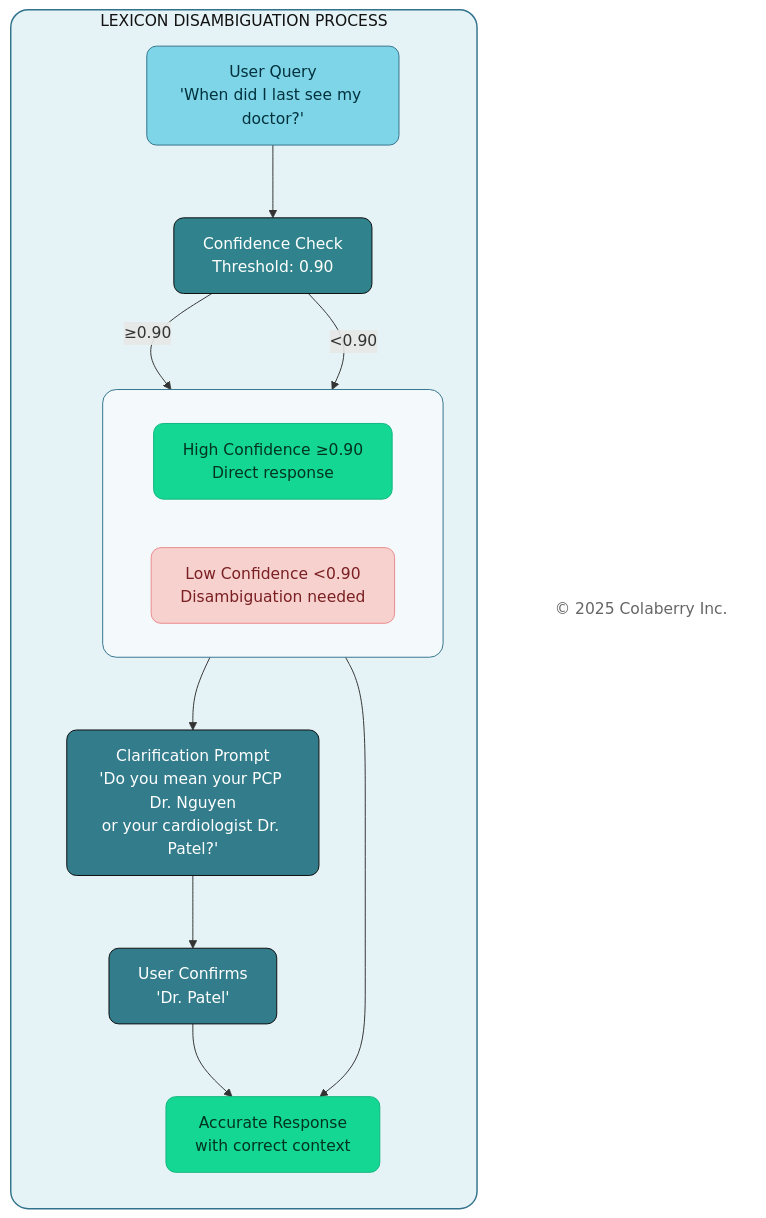
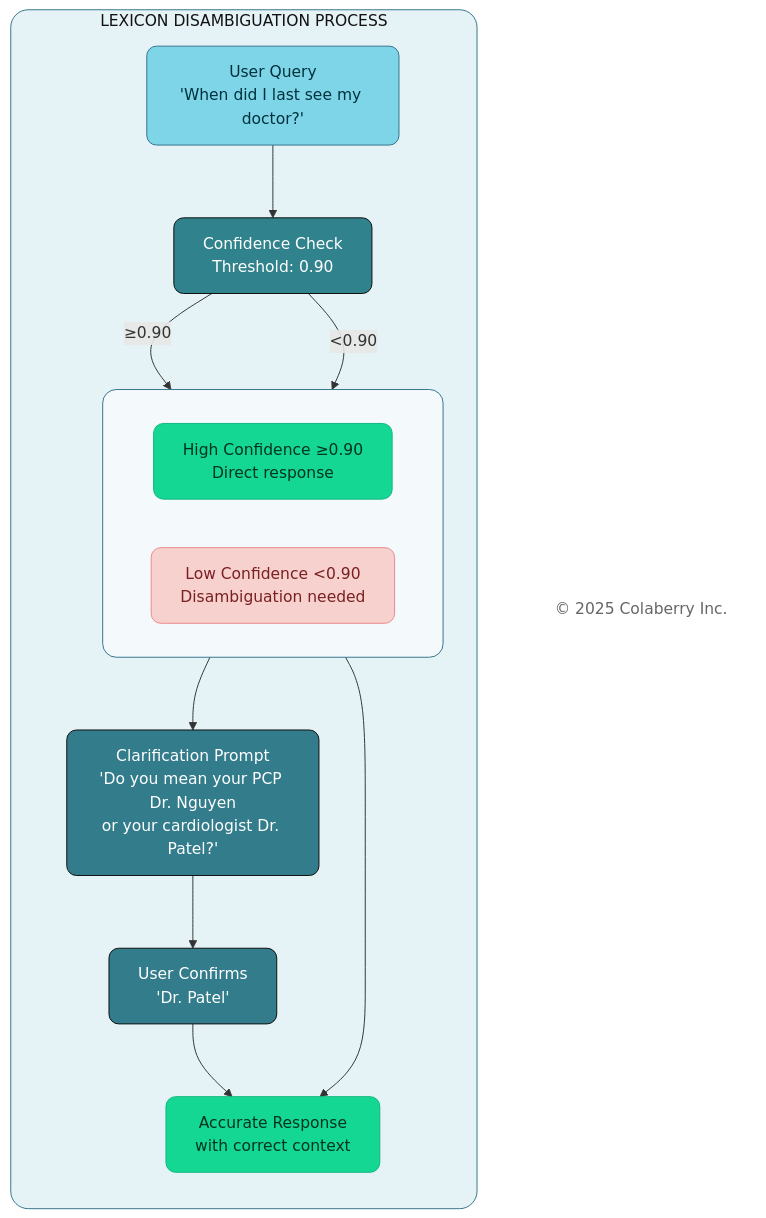
The sixth of 11 diagrams in manuscript/09_chapter_8_architecture_of_trust_in_action.md (saitejesh-cyber/trust-before-intelligence-book), drawn with Mermaid before and after one commit. The commit also changed other lines of this file and 2 other files, not shown here.

Commit message:
broder width correction

````diff
--- a/manuscript/09_chapter_8_architecture_of_trust_in_action.md
+++ b/manuscript/09_chapter_8_architecture_of_trust_in_action.md
@@ -490,43 +490,43 @@
 ```mermaid
 
 graph TB
     subgraph DISAMBIGUATION["LEXICON DISAMBIGUATION PROCESS"]
         direction TB
         Q["User Query<br/>'When did I last see my doctor?'"]
         
         CONF["Confidence Check<br/>Threshold: 0.90"]
         
         subgraph PATHS[" "]
             direction LR
             HIGH["High Confidence ≥0.90<br/>Direct response"]
             LOW["Low Confidence <0.90<br/>Disambiguation needed"]
         end
         
         PROMPT["Clarification Prompt<br/>'Do you mean your PCP Dr. Nguyen<br/>or your cardiologist Dr. Patel?'"]
         
         RESP["User Confirms<br/>'Dr. Patel'"]
         
         RESULT["Accurate Response<br/>with correct context"]
     end
     
     Copyright["© 2025 Colaberry Inc."]
     
     Q --> CONF
     CONF -->|"≥0.90"| HIGH
     CONF -->|"<0.90"| LOW
     HIGH --> RESULT
     LOW --> PROMPT --> RESP --> RESULT
 
-    style DISAMBIGUATION fill:#E6F3F6,stroke:#32738C,stroke-width:1.5px,color:#121212,rx:18,ry:18
+    style DISAMBIGUATION fill:#E6F3F6,stroke:#32738C,stroke-width:1px,color:#121212,rx:18,ry:18
     style PATHS fill:#F4F9FC,stroke:#32738C,stroke-width:1px,color:#121212,rx:14,ry:14
     style Q fill:#7FD5E8,stroke:#32738C,stroke-width:1px,color:#00323D,rx:10,ry:10
     style CONF fill:#30838C,stroke:#0D0D0D,stroke-width:1px,color:#FFFFFF,rx:10,ry:10
     style HIGH fill:#14D793,stroke:#0FB67D,stroke-width:1px,color:#003322,rx:10,ry:10
     style LOW fill:#F6D1CE,stroke:#EB898B,stroke-width:1px,color:#7A1F22,rx:10,ry:10
     style PROMPT fill:#327C8C,stroke:#0D0D0D,stroke-width:1px,color:#FFFFFF,rx:10,ry:10
     style RESP fill:#327C8C,stroke:#0D0D0D,stroke-width:1px,color:#FFFFFF,rx:10,ry:10
     style RESULT fill:#14D793,stroke:#0FB67D,stroke-width:1px,color:#003322,rx:10,ry:10
     style Copyright fill:none,stroke:none,color:#666666
 
 
 ```
````
